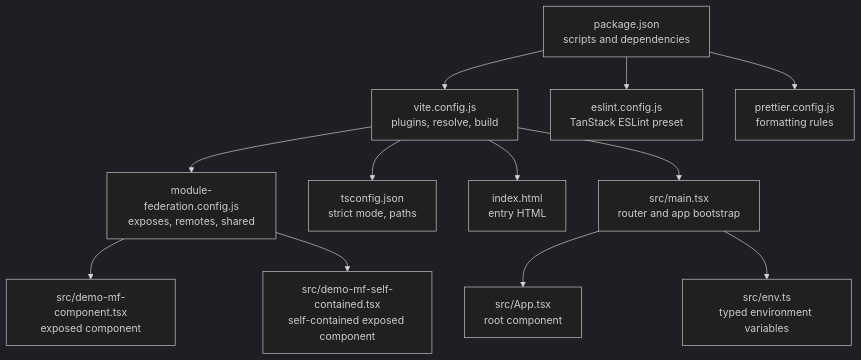
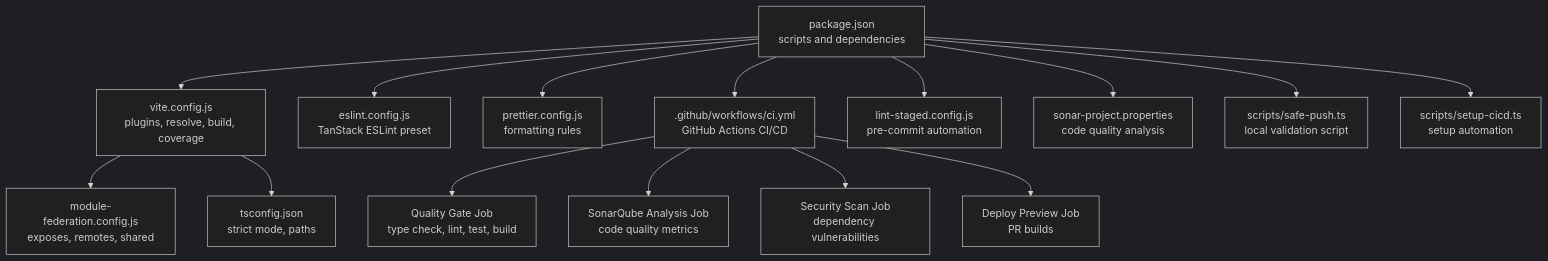
One commit to DoVuDung/cv-portfolio-builder changed the first of 11 diagrams in .qoder/repowiki/en/content/Core Architecture/Build Configuration.md. Above: the diagram before and after it, drawn with Mermaid (dark theme). The commit also changed other lines of this file and 26 other files, not shown here.

First line of the commit message:
docs(agent): update AI Agent System with MCP tool architecture and CV Builder integration

````diff
--- a/.qoder/repowiki/en/content/Core Architecture/Build Configuration.md
+++ b/.qoder/repowiki/en/content/Core Architecture/Build Configuration.md
@@ -41,14 +61,17 @@
 ```mermaid
 graph TB
-A["package.json<br/>scripts and dependencies"] --> B["vite.config.js<br/>plugins, resolve, build"]
+A["package.json<br/>scripts and dependencies"] --> B["vite.config.js<br/>plugins, resolve, build, coverage"]
 B --> C["module-federation.config.js<br/>exposes, remotes, shared"]
 B --> D["tsconfig.json<br/>strict mode, paths"]
 A --> E["eslint.config.js<br/>TanStack ESLint preset"]
 A --> F["prettier.config.js<br/>formatting rules"]
-B --> G["index.html<br/>entry HTML"]
-B --> H["src/main.tsx<br/>router and app bootstrap"]
-H --> I["src/App.tsx<br/>root component"]
-H --> J["src/env.ts<br/>typed environment variables"]
-C --> K["src/demo-mf-component.tsx<br/>exposed component"]
-C --> L["src/demo-mf-self-contained.tsx<br/>self-contained exposed component"]
+A --> G[".github/workflows/ci.yml<br/>GitHub Actions CI/CD"]
+A --> H["lint-staged.config.js<br/>pre-commit automation"]
+A --> I["sonar-project.properties<br/>code quality analysis"]
+A --> J["scripts/safe-push.ts<br/>local validation script"]
+A --> K["scripts/setup-cicd.ts<br/>setup automation"]
+G --> L["Quality Gate Job<br/>type check, lint, test, build"]
+G --> M["SonarQube Analysis Job<br/>code quality metrics"]
+G --> N["Security Scan Job<br/>dependency vulnerabilities"]
+G --> O["Deploy Preview Job<br/>PR builds"]
 ```
````
